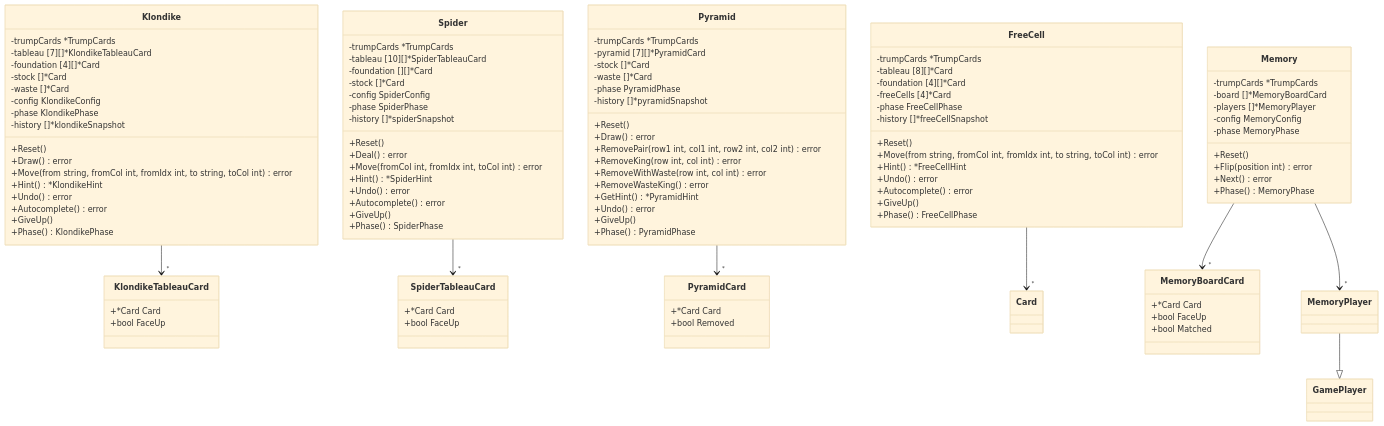
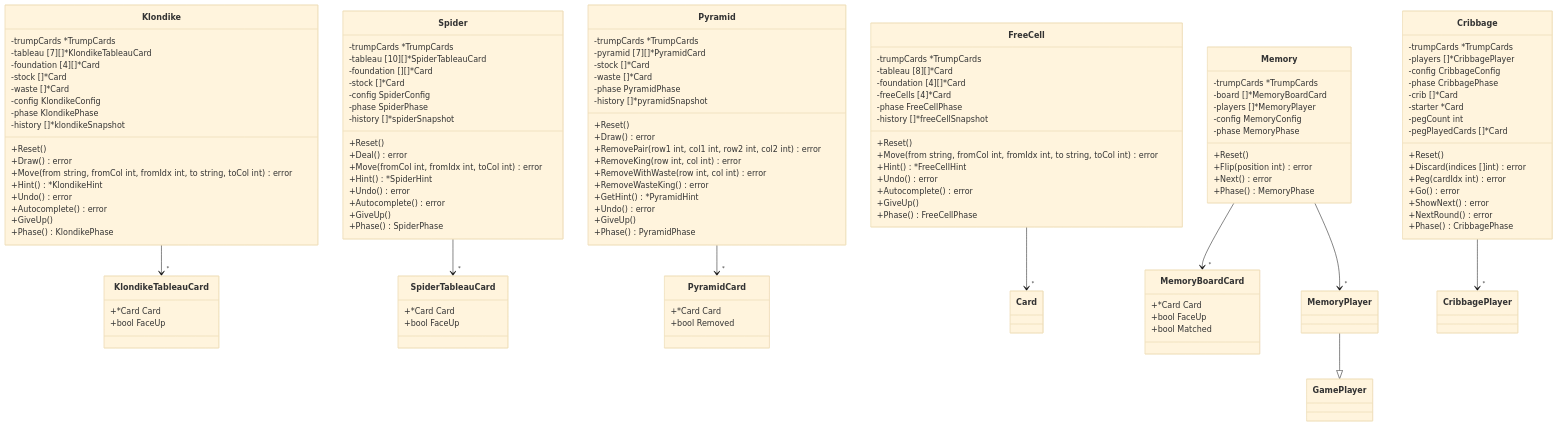
Before and after one commit to yuta-yoshinaga/go_trumpcards: the seventh of 32 diagrams in docs/design/backend.md, drawn with Mermaid (base theme). The commit also changed other lines of this file and 54 other files, not shown here.

First line of the commit message:
feat: add Cribbage (クリベッジ) card game

```diff
--- a/docs/design/backend.md
+++ b/docs/design/backend.md
@@ -597,6 +598,24 @@
         +Phase() PyramidPhase
     }
 
+    class Cribbage {
+        -trumpCards *TrumpCards
+        -players []*CribbagePlayer
+        -config CribbageConfig
+        -phase CribbagePhase
+        -crib []*Card
+        -starter *Card
+        -pegCount int
+        -pegPlayedCards []*Card
+        +Reset()
+        +Discard(indices []int) error
+        +Peg(cardIdx int) error
+        +Go() error
+        +ShowNext() error
+        +NextRound() error
+        +Phase() CribbagePhase
+    }
+
     class Memory {
         -trumpCards *TrumpCards
         -board []*MemoryBoardCard
@@ -634,6 +653,7 @@
     FreeCell --> "*" Card
     Spider --> "*" SpiderTableauCard
     Pyramid --> "*" PyramidCard
+    Cribbage --> "*" CribbagePlayer
     Memory --> "*" MemoryBoardCard
     Memory --> "*" MemoryPlayer
     MemoryPlayer --|> GamePlayer
```
